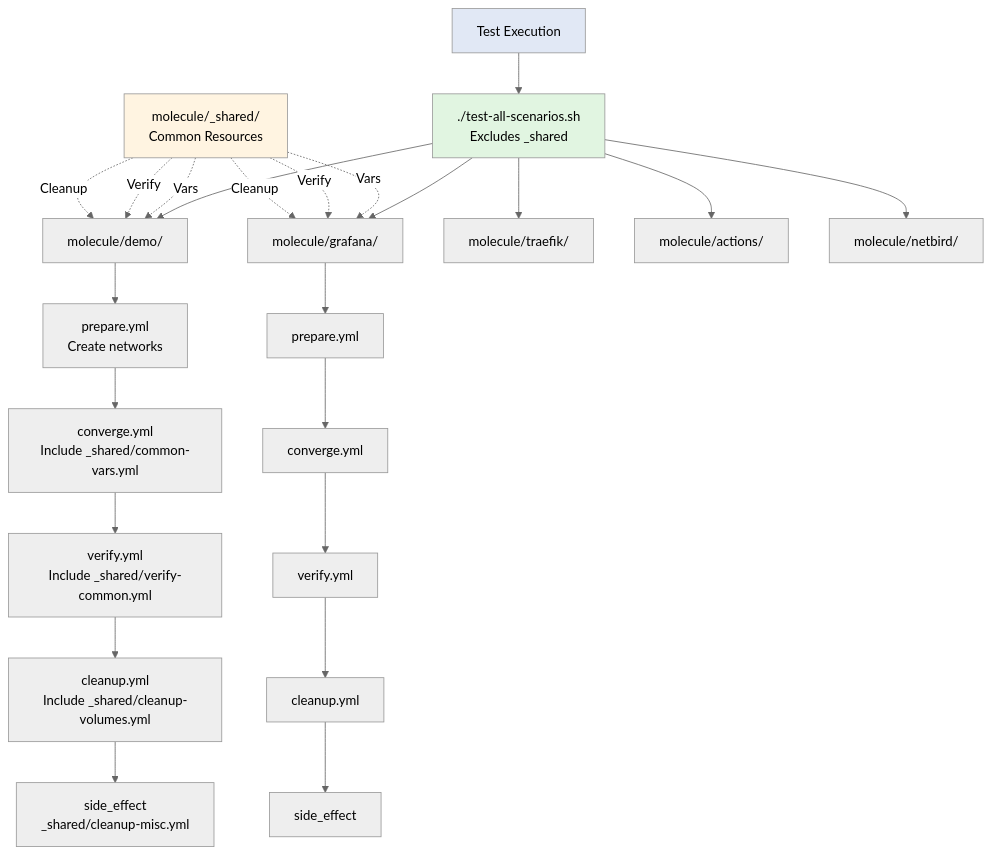
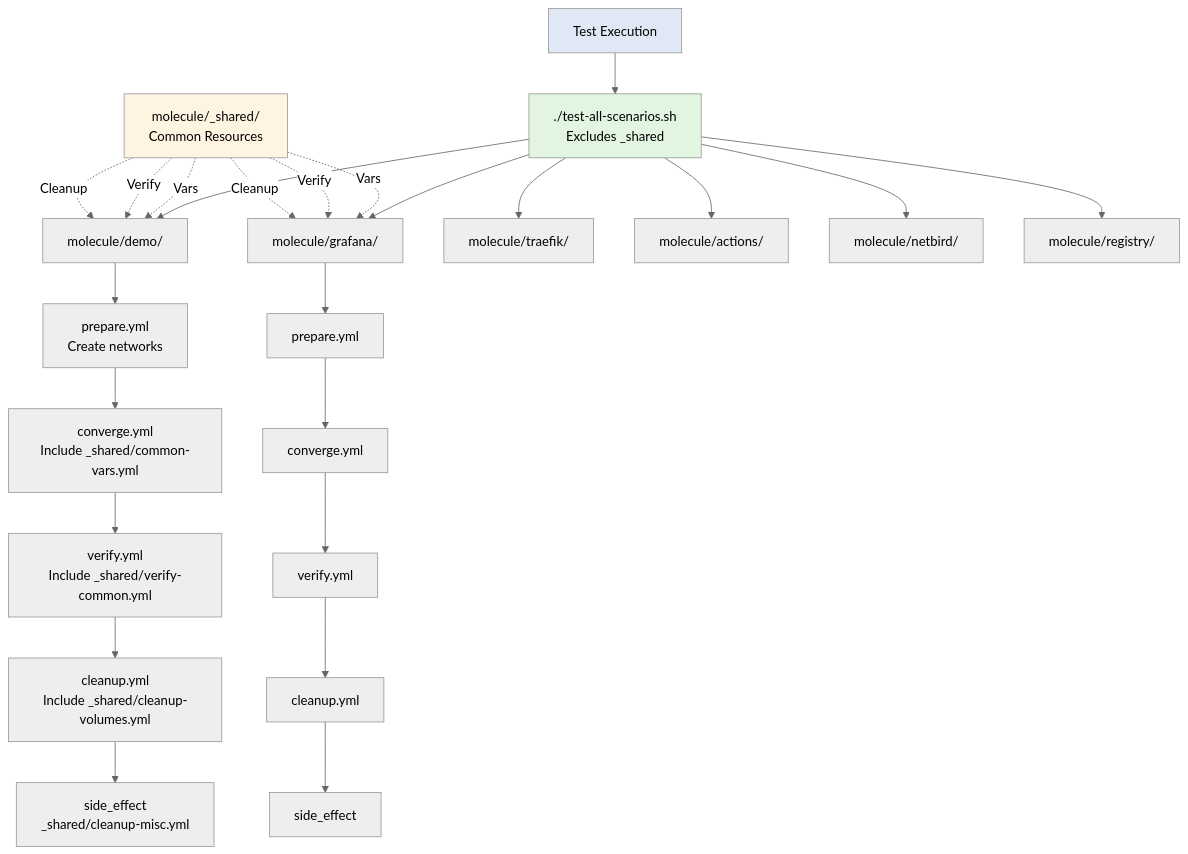
Before and after one commit to cloudnonsense-com/ansible-role-compose-stack: the fifth of 5 diagrams in docs/architecture.md, drawn with Mermaid (neutral theme). The commit also changed other lines of this file and 2 other files, not shown here.

First line of the commit message:
docs: update documentation for registry stack and recent features

````diff
--- a/docs/architecture.md
+++ b/docs/architecture.md
@@ -169,32 +173,33 @@
 ```mermaid
 flowchart TD
     Test[Test Execution] --> Script[./test-all-scenarios.sh<br/>Excludes _shared]
     Script --> MolDemo[molecule/demo/]
     Script --> MolGrafana[molecule/grafana/]
     Script --> MolTraefik[molecule/traefik/]
     Script --> MolRunner[molecule/actions/]
     Script --> MolNetbird[molecule/netbird/]
+    Script --> MolRegistry[molecule/registry/]
 
     Shared[molecule/_shared/<br/>Common Resources] -.->|Vars| MolDemo
     Shared -.->|Verify| MolDemo
     Shared -.->|Cleanup| MolDemo
     Shared -.->|Vars| MolGrafana
     Shared -.->|Verify| MolGrafana
     Shared -.->|Cleanup| MolGrafana
 
     MolDemo --> Prepare1[prepare.yml<br/>Create networks]
     Prepare1 --> Converge1[converge.yml<br/>Include _shared/common-vars.yml]
     Converge1 --> Verify1[verify.yml<br/>Include _shared/verify-common.yml]
     Verify1 --> Cleanup1[cleanup.yml<br/>Include _shared/cleanup-volumes.yml]
     Cleanup1 --> Side1[side_effect<br/>_shared/cleanup-misc.yml]
 
     MolGrafana --> PrepareN[prepare.yml]
     PrepareN --> ConvergeN[converge.yml]
     ConvergeN --> VerifyN[verify.yml]
     VerifyN --> CleanupN[cleanup.yml]
     CleanupN --> SideN[side_effect]
 
     style Test fill:#e1e8f5
     style Script fill:#e1f5e1
     style Shared fill:#fff4e1
 ```
````
